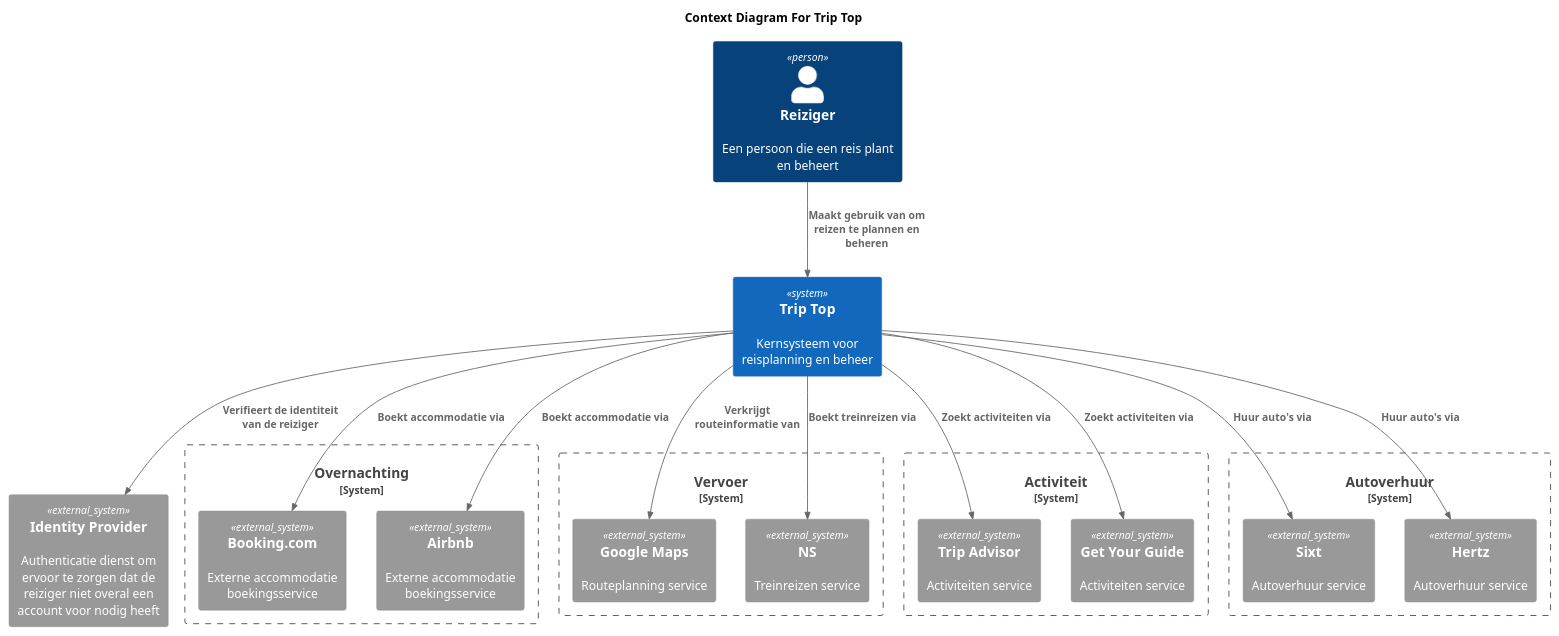
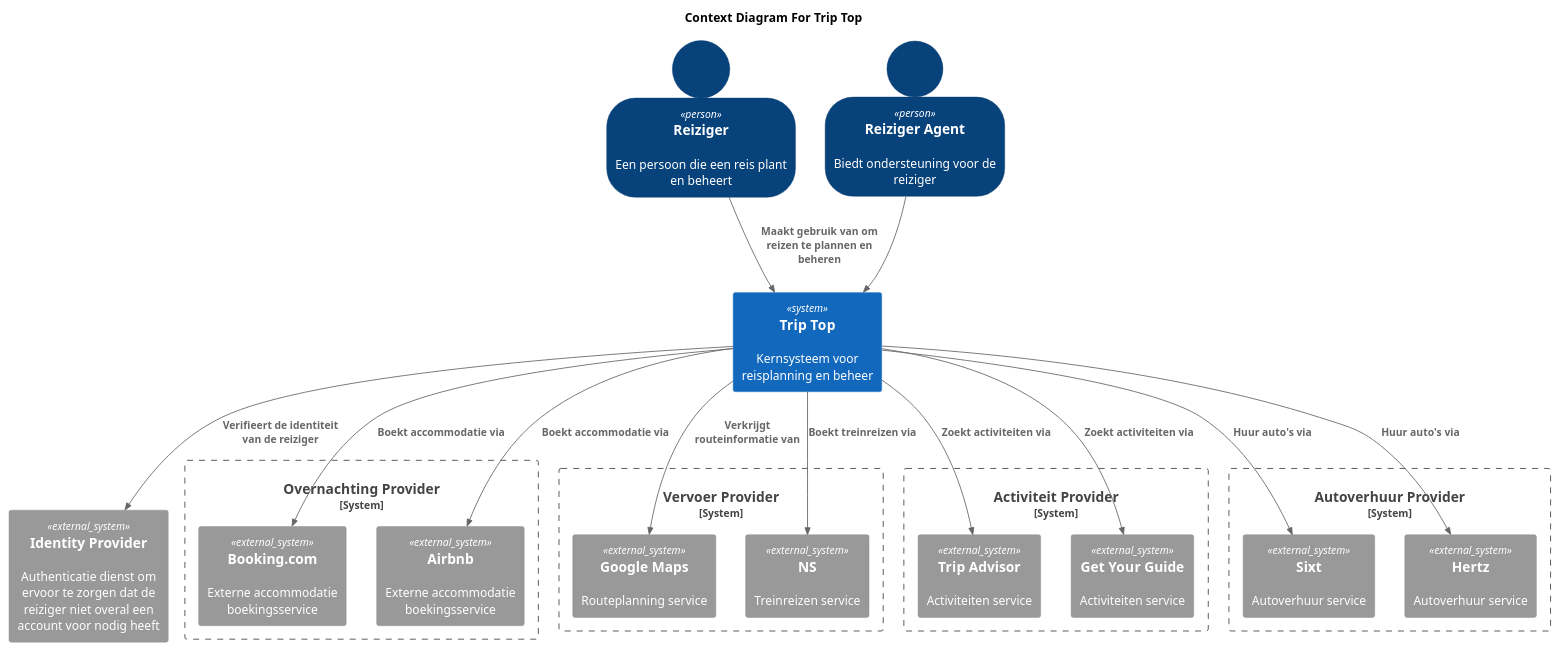
Before and after one commit to AIM-ENE-feb25/triptop-sqr-tech: the diagram in W1L2V/ContextDiagramTTS.plantuml, drawn with PlantUML. The commit also changed 1 other file, not shown here.

```diff
--- a/W1L2V/ContextDiagramTTS.plantuml
+++ b/W1L2V/ContextDiagramTTS.plantuml
@@ -1,43 +1,47 @@
 @startuml
 !include https://raw.githubusercontent.com/plantuml-stdlib/C4-PlantUML/master/C4_Context.puml
+SHOW_PERSON_OUTLINE()
 
 title Context Diagram For Trip Top
 
 Person(reiziger, "Reiziger", "Een persoon die een reis plant en beheert")
+Person(reizigerA, "Reiziger Agent", "Biedt ondersteuning voor de reiziger")
+
 
 System(tts, "Trip Top", "Kernsysteem voor reisplanning en beheer")
 
-System_Boundary(accommodatie, "Overnachting") {
+System_Boundary(accommodatie, "Overnachting Provider") {
     System_Ext(bookingCom, "Booking.com", "Externe accommodatie boekingsservice")
     System_Ext(airbnb, "Airbnb", "Externe accommodatie boekingsservice")
 }
 
-System_Boundary(vervoer, "Vervoer") {
+System_Boundary(vervoer, "Vervoer Provider") {
     System_Ext(googleMaps, "Google Maps", "Routeplanning service")
     System_Ext(ns, "NS", "Treinreizen service")
 }
 
-System_Boundary(act, "Activiteit") {
+System_Boundary(act, "Activiteit Provider") {
     System_Ext(tripAdvisor, "Trip Advisor", "Activiteiten service")
     System_Ext(gyg, "Get Your Guide", "Activiteiten service")
 }
 
-System_Boundary(autoVerhuur, "Autoverhuur") {
+System_Boundary(autoVerhuur, "Autoverhuur Provider") {
     System_Ext(sixt, "Sixt", "Autoverhuur service")
     System_Ext(hertz, "Hertz", "Autoverhuur service")
 }
 
 System_Ext(ip, "Identity Provider", "Authenticatie dienst om ervoor te zorgen dat de reiziger niet overal een account voor nodig heeft")
 
 Rel(reiziger, tts, "Maakt gebruik van om reizen te plannen en beheren")
+Rel(reizigerA, tts, "")
 Rel(tts, bookingCom, "Boekt accommodatie via")
 Rel(tts, airbnb, "Boekt accommodatie via")
 Rel(tts, googleMaps, "Verkrijgt routeinformatie van")
 Rel(tts, ns, "Boekt treinreizen via")
 Rel(tts, ip, "Verifieert de identiteit van de reiziger")
 Rel(tts, tripAdvisor, "Zoekt activiteiten via")
 Rel(tts, gyg, "Zoekt activiteiten via")
 Rel(tts, sixt, "Huur auto's via")
 Rel(tts, hertz, "Huur auto's via")
 
 @enduml
```
